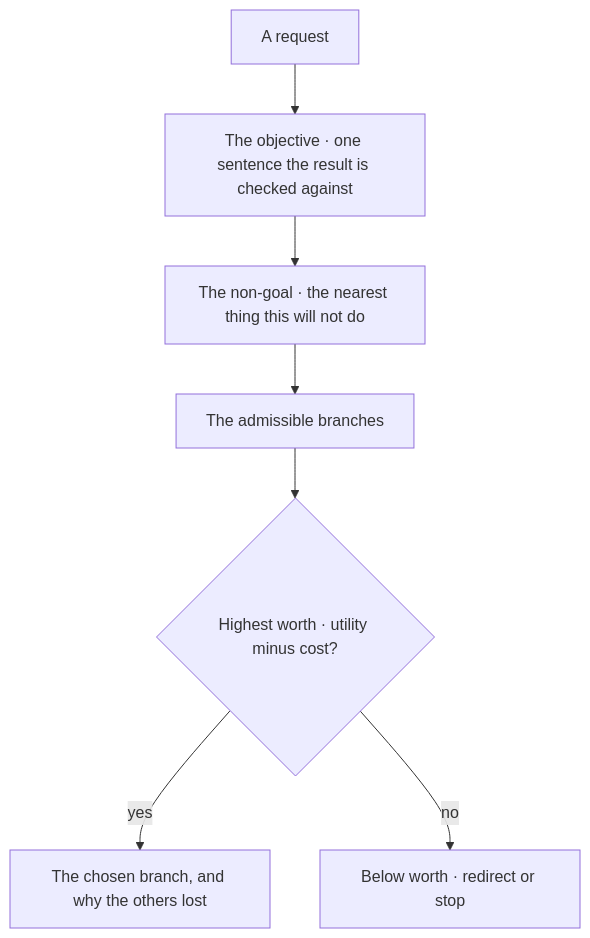
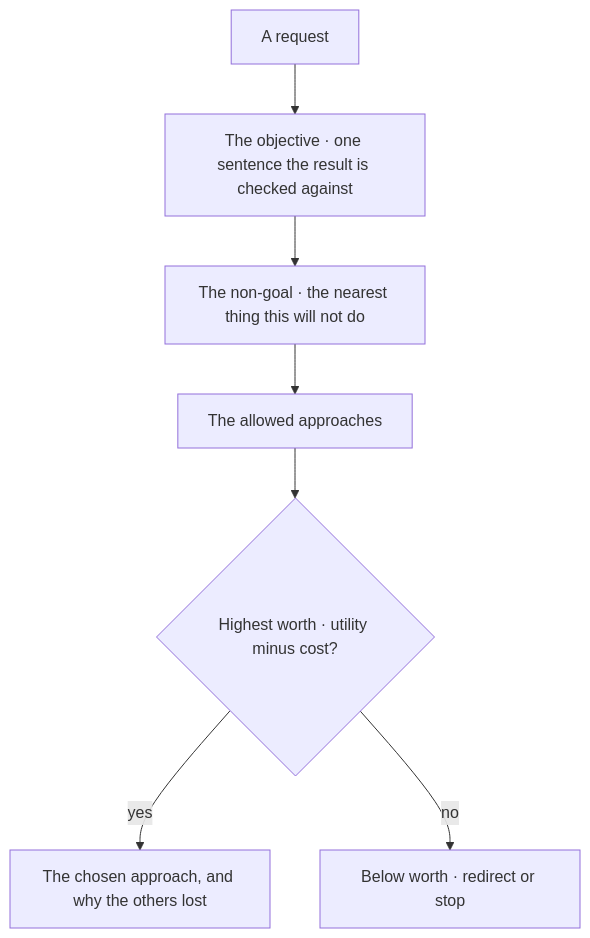
One commit to Varietyz/Disciplined-AI-Software-Development changed the first of 6 diagrams in PLAN.md. Above: the diagram before and after it, drawn with Mermaid. The commit also changed other lines of this file and 25 other files, not shown here.

````diff
--- a/PLAN.md
+++ b/PLAN.md
@@ -39,13 +35,13 @@
 ```mermaid
 flowchart TB
 request["A request"]
 objective["The objective · one sentence the result is checked against"]
 nongoal["The non-goal · the nearest thing this will not do"]
-branches["The admissible branches"]
+branches["The allowed approaches"]
 rank{"Highest worth · utility minus cost?"}
-chosen["The chosen branch, and why the others lost"]
+chosen["The chosen approach, and why the others lost"]
 stop["Below worth · redirect or stop"]
 request --> objective --> nongoal --> branches --> rank
 rank -- yes --> chosen
 rank -- no --> stop
 ```
````
